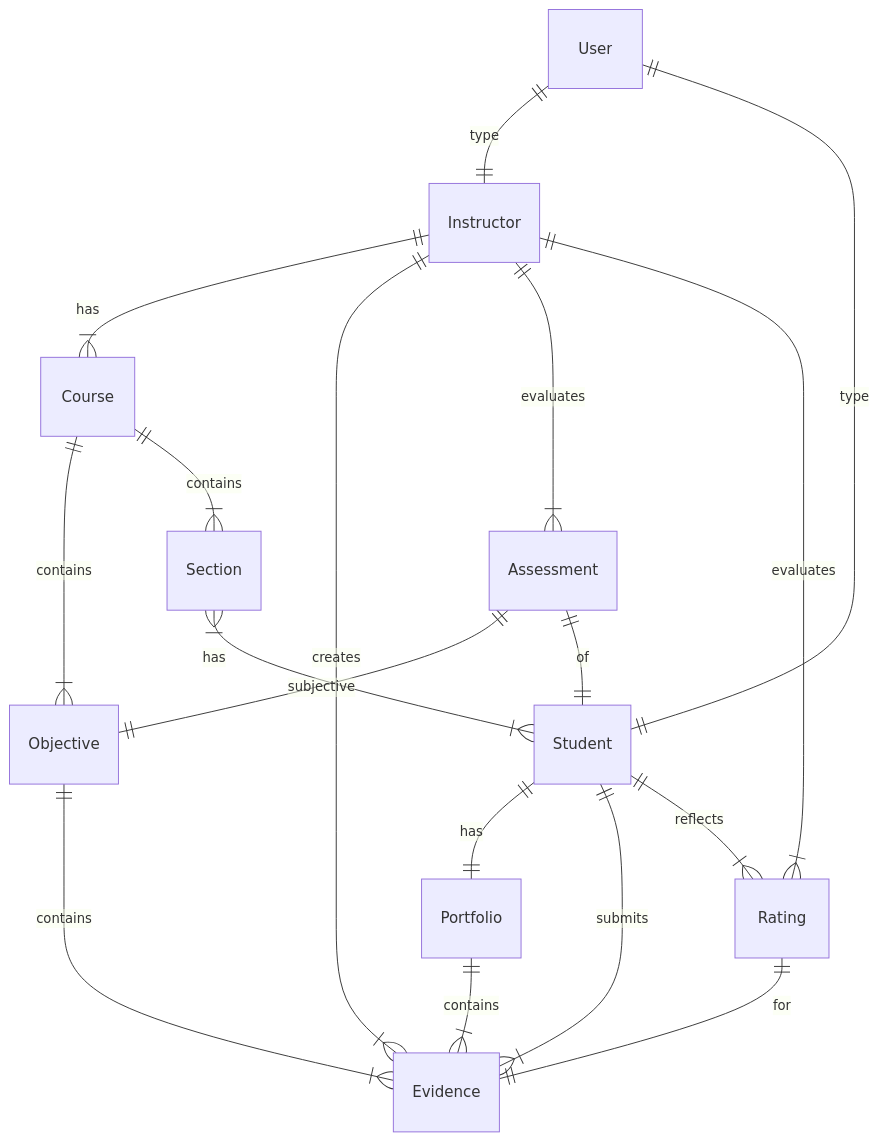
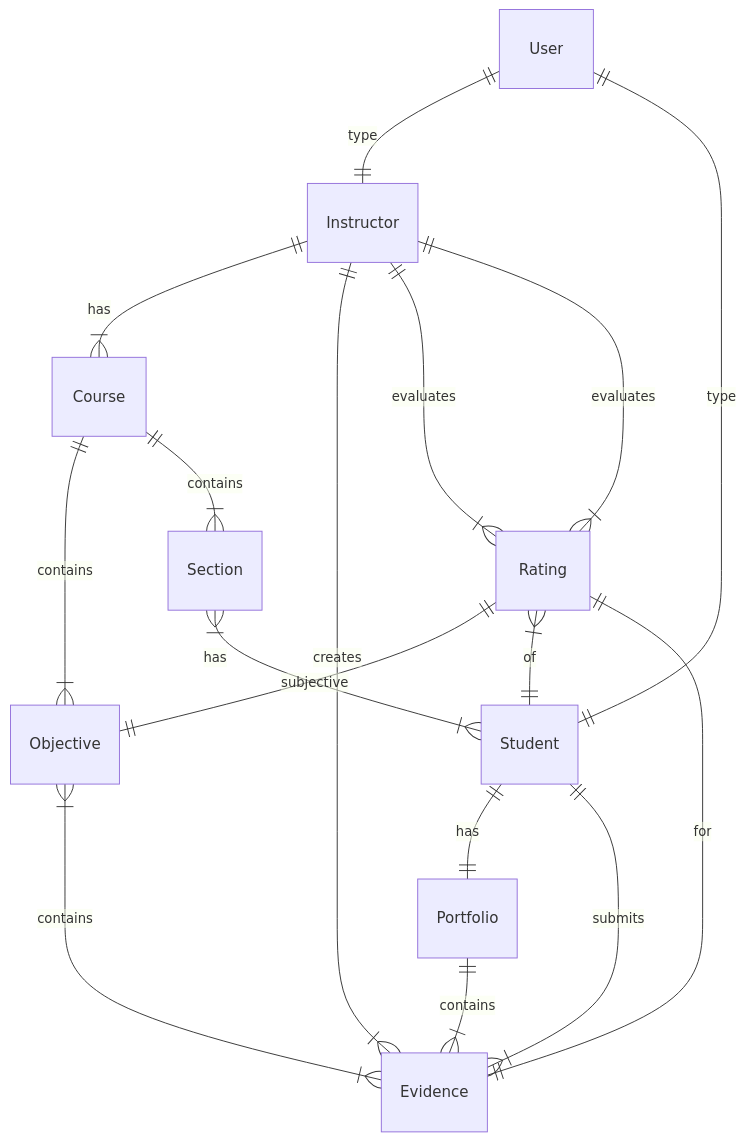
One commit to gurunate/learning-portrait changed the first of 2 diagrams in docs/domain-model.md. Above: the diagram before and after it, drawn with Mermaid. The commit also changed 58 other files, not shown here.

````diff
--- a/docs/domain-model.md
+++ b/docs/domain-model.md
@@ -35,20 +35,19 @@
 ```mermaid
 erDiagram
     User ||--|| Instructor: type
     User ||--|| Student: type
     Instructor ||--|{ Course: has
     Section  }|--|{ Student: has
-    Objective ||--|{ Evidence: contains
+    Objective }|--|{ Evidence: contains
     Course ||--|{ Objective : contains
     Course ||--|{ Section : contains
     Student ||--|| Portfolio: has
     Instructor ||--|{ Evidence: creates
-    Assessment ||--|| Objective: subjective
-    Assessment ||--|| Student: of
+    Rating ||--|| Objective: subjective
+    Rating }|--|| Student: of
     Student ||--|{ Evidence: submits
     Portfolio ||--|{ Evidence : contains
-    Student ||--|{ Rating: reflects
-    Instructor ||--|{ Assessment: evaluates
+    Instructor ||--|{ Rating: evaluates
     Instructor ||--|{ Rating: evaluates
     Rating ||--|| Evidence: for
 ```
````
